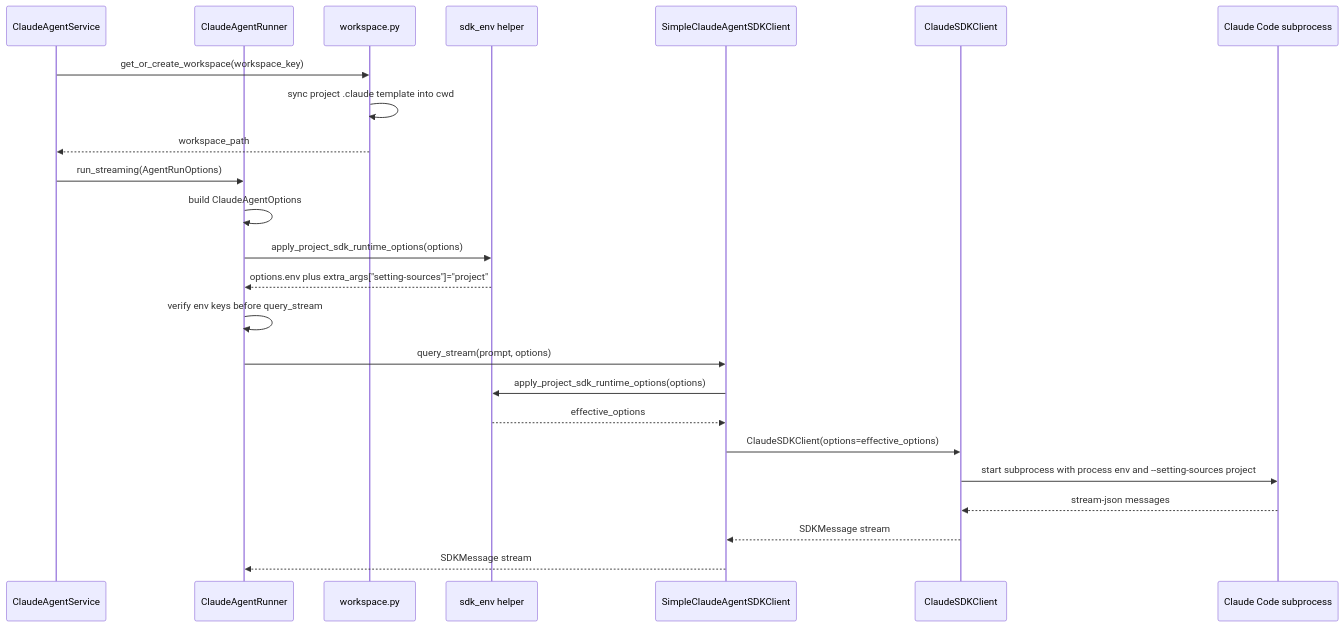
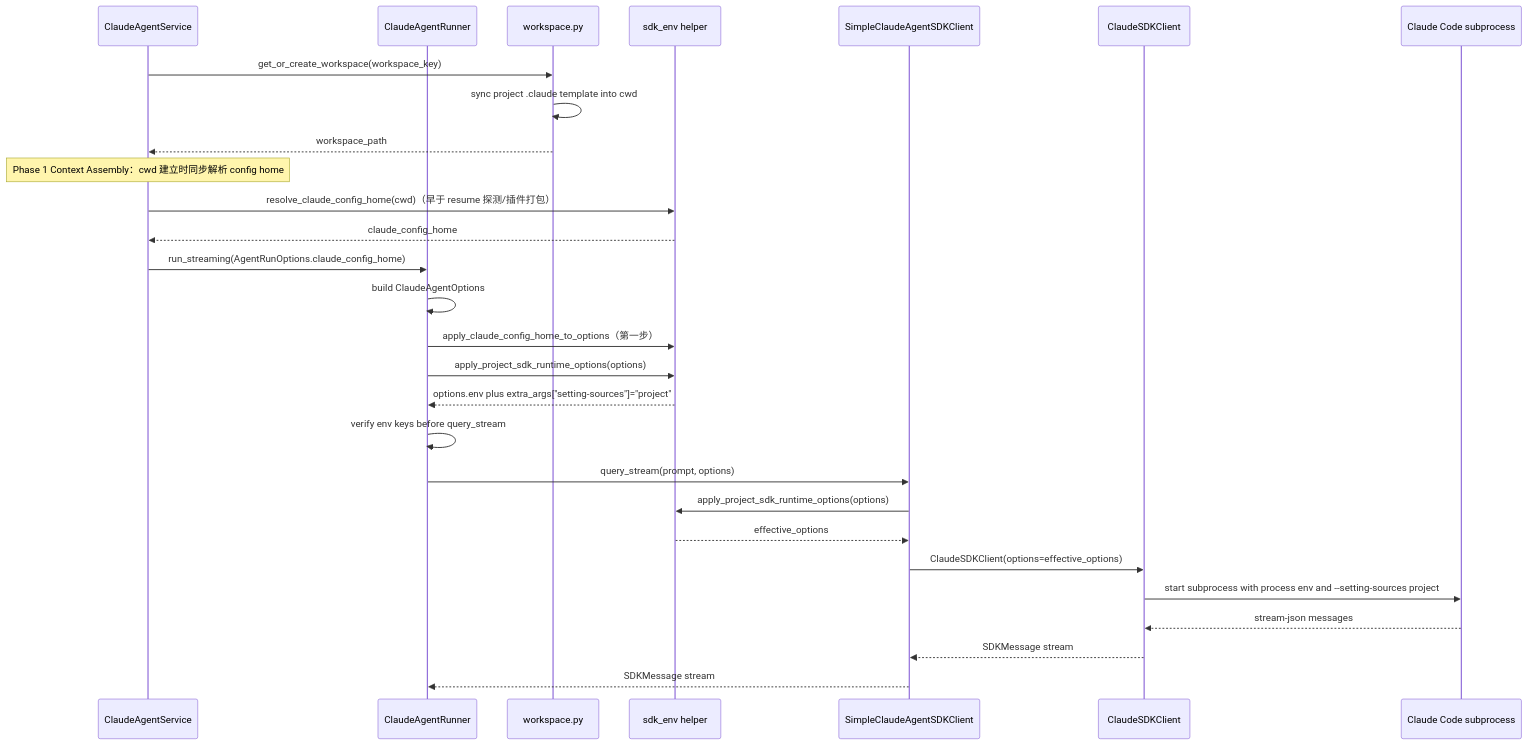
Before and after one commit to glide-the/im-dream: the diagram in docs/design/claude-agent/claude-sdk-env-design.md, drawn with Mermaid. The commit also changed other lines of this file and 19 other files, not shown here.

````diff
--- a/docs/design/claude-agent/claude-sdk-env-design.md
+++ b/docs/design/claude-agent/claude-sdk-env-design.md
@@ -213,27 +223,31 @@
 ```mermaid
 sequenceDiagram
     participant Svc as ClaudeAgentService
     participant Runner as ClaudeAgentRunner
     participant Workspace as workspace.py
     participant Env as sdk_env helper
     participant Client as SimpleClaudeAgentSDKClient
     participant SDK as ClaudeSDKClient
     participant CLI as Claude Code subprocess
 
     Svc->>Workspace: get_or_create_workspace(workspace_key)
     Workspace->>Workspace: sync project .claude template into cwd
     Workspace-->>Svc: workspace_path
-    Svc->>Runner: run_streaming(AgentRunOptions)
+    Note over Svc: Phase 1 Context Assembly：cwd 建立时同步解析 config home
+    Svc->>Env: resolve_claude_config_home(cwd)（早于 resume 探测/插件打包）
+    Env-->>Svc: claude_config_home
+    Svc->>Runner: run_streaming(AgentRunOptions.claude_config_home)
     Runner->>Runner: build ClaudeAgentOptions
+    Runner->>Env: apply_claude_config_home_to_options（第一步）
     Runner->>Env: apply_project_sdk_runtime_options(options)
     Env-->>Runner: options.env plus extra_args["setting-sources"]="project"
     Runner->>Runner: verify env keys before query_stream
     Runner->>Client: query_stream(prompt, options)
     Client->>Env: apply_project_sdk_runtime_options(options)
     Env-->>Client: effective_options
     Client->>SDK: ClaudeSDKClient(options=effective_options)
     SDK->>CLI: start subprocess with process env and --setting-sources project
     CLI-->>SDK: stream-json messages
     SDK-->>Client: SDKMessage stream
     Client-->>Runner: SDKMessage stream
 ```
````
